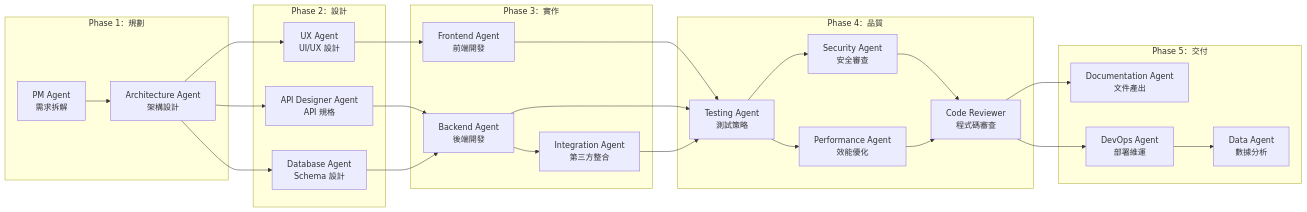
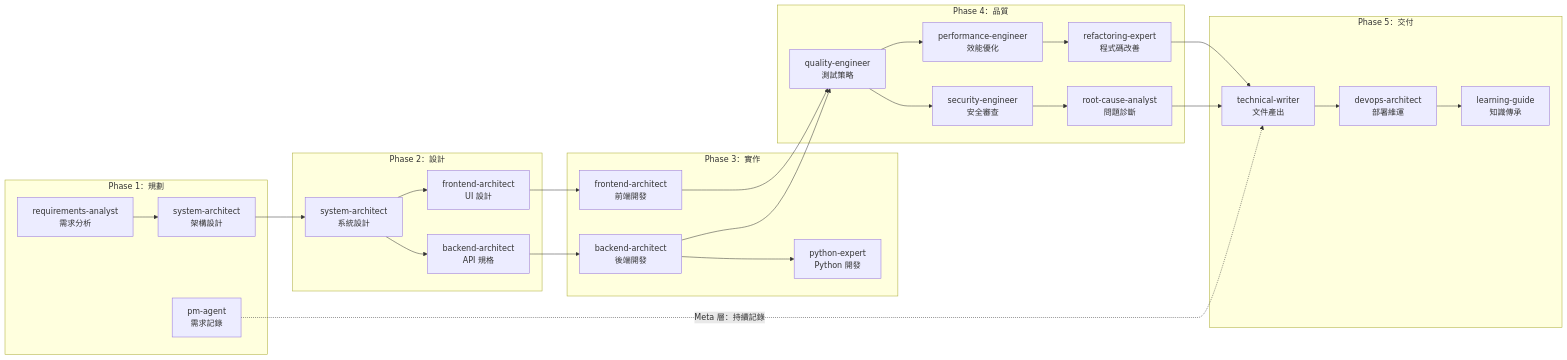
The fourth of 8 diagrams in content/posts/教學/AI開發/SuperClaude Framework生態系教學手冊.md (chihhung/Blog), drawn with Mermaid before and after one commit. The commit also changed other lines of this file and 7 other files, not shown here.

````diff
--- a/content/posts/教學/AI開發/SuperClaude Framework生態系教學手冊.md
+++ b/content/posts/教學/AI開發/SuperClaude Framework生態系教學手冊.md
@@ -1847,51 +1988,53 @@
 ```mermaid
 graph LR
     subgraph "Phase 1：規劃"
-        PM[PM Agent<br>需求拆解]
-        ARCH[Architecture Agent<br>架構設計]
+        PM[pm-agent<br>需求記錄]
+        ARCH[system-architect<br>架構設計]
+        REQ[requirements-analyst<br>需求分析]
     end
     
     subgraph "Phase 2：設計"
-        API[API Designer Agent<br>API 規格]
-        DB[Database Agent<br>Schema 設計]
-        UX[UX Agent<br>UI/UX 設計]
+        DESIGN[system-architect<br>系統設計]
+        BACK_D[backend-architect<br>API 規格]
+        FRONT_D[frontend-architect<br>UI 設計]
     end
     
     subgraph "Phase 3：實作"
-        FE[Frontend Agent<br>前端開發]
-        BE[Backend Agent<br>後端開發]
-        INT[Integration Agent<br>第三方整合]
+        FE[frontend-architect<br>前端開發]
+        BE[backend-architect<br>後端開發]
+        PY[python-expert<br>Python 開發]
     end
     
     subgraph "Phase 4：品質"
-        TEST[Testing Agent<br>測試策略]
-        SEC[Security Agent<br>安全審查]
-        PERF[Performance Agent<br>效能優化]
-        CR[Code Reviewer<br>程式碼審查]
+        TEST[quality-engineer<br>測試策略]
+        SEC[security-engineer<br>安全審查]
+        PERF[performance-engineer<br>效能優化]
+        RCA[root-cause-analyst<br>問題診斷]
+        REF[refactoring-expert<br>程式碼改善]
     end
     
     subgraph "Phase 5：交付"
-        DOC[Documentation Agent<br>文件產出]
-        DEVOPS[DevOps Agent<br>部署維運]
-        DATA[Data Agent<br>數據分析]
+        DOC[technical-writer<br>文件產出]
+        DEVOPS[devops-architect<br>部署維運]
+        LEARN[learning-guide<br>知識傳承]
     end
     
-    PM --> ARCH
-    ARCH --> API
-    ARCH --> DB
-    ARCH --> UX
-    API --> BE
-    DB --> BE
-    UX --> FE
-    BE --> INT
+    REQ --> ARCH
+    ARCH --> DESIGN
+    DESIGN --> BACK_D
+    DESIGN --> FRONT_D
+    BACK_D --> BE
+    FRONT_D --> FE
+    BE --> PY
     FE --> TEST
     BE --> TEST
-    INT --> TEST
     TEST --> SEC
     TEST --> PERF
-    SEC --> CR
-    PERF --> CR
-    CR --> DOC
-    CR --> DEVOPS
-    DEVOPS --> DATA
+    SEC --> RCA
+    PERF --> REF
+    REF --> DOC
+    RCA --> DOC
+    DOC --> DEVOPS
+    DEVOPS --> LEARN
+    PM -.->|Meta 層：持續記錄| DOC
 ```
````
